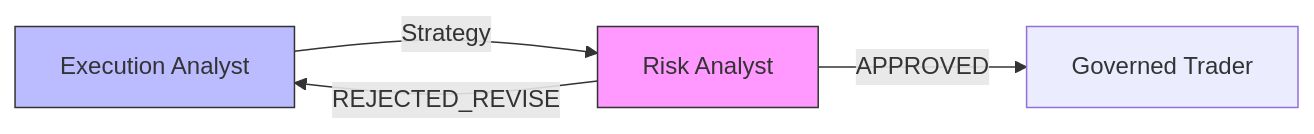
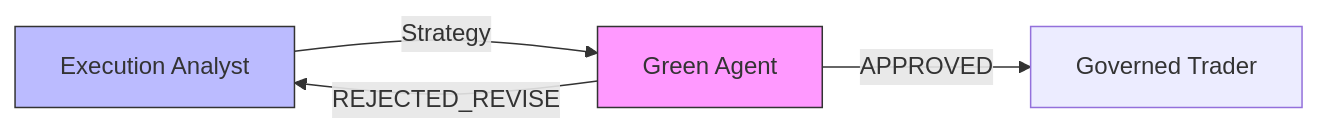
One commit to lahlfors/cybernetic-governance-engine changed the second of 2 diagrams in ARCHITECTURE.md. Above: the diagram before and after it, drawn with Mermaid. The commit also changed other lines of this file and 2 other files, not shown here.

Commit message:
chore: align repository terminology with Green Stack spec
- Update `README.md` and `ARCHITECTURE.md` to use "Green Agent" terminology.
- Update `risk_analyst` agent prompt to identify as "Green Agent".
- Refine Gap Analysis report to match final findings.

````diff
--- a/ARCHITECTURE.md
+++ b/ARCHITECTURE.md
@@ -178,9 +178,9 @@
 ```mermaid
 graph LR
-    EA[Execution Analyst] -->|Strategy| RA[Risk Analyst]
-    RA -->|APPROVED| GT[Governed Trader]
-    RA -->|REJECTED_REVISE| EA
+    EA[Execution Analyst] -->|Strategy| GA[Green Agent]
+    GA -->|APPROVED| GT[Governed Trader]
+    GA -->|REJECTED_REVISE| EA
     
-    style RA fill:#f9f,stroke:#333
+    style GA fill:#f9f,stroke:#333
     style EA fill:#bbf,stroke:#333
 ```
````
